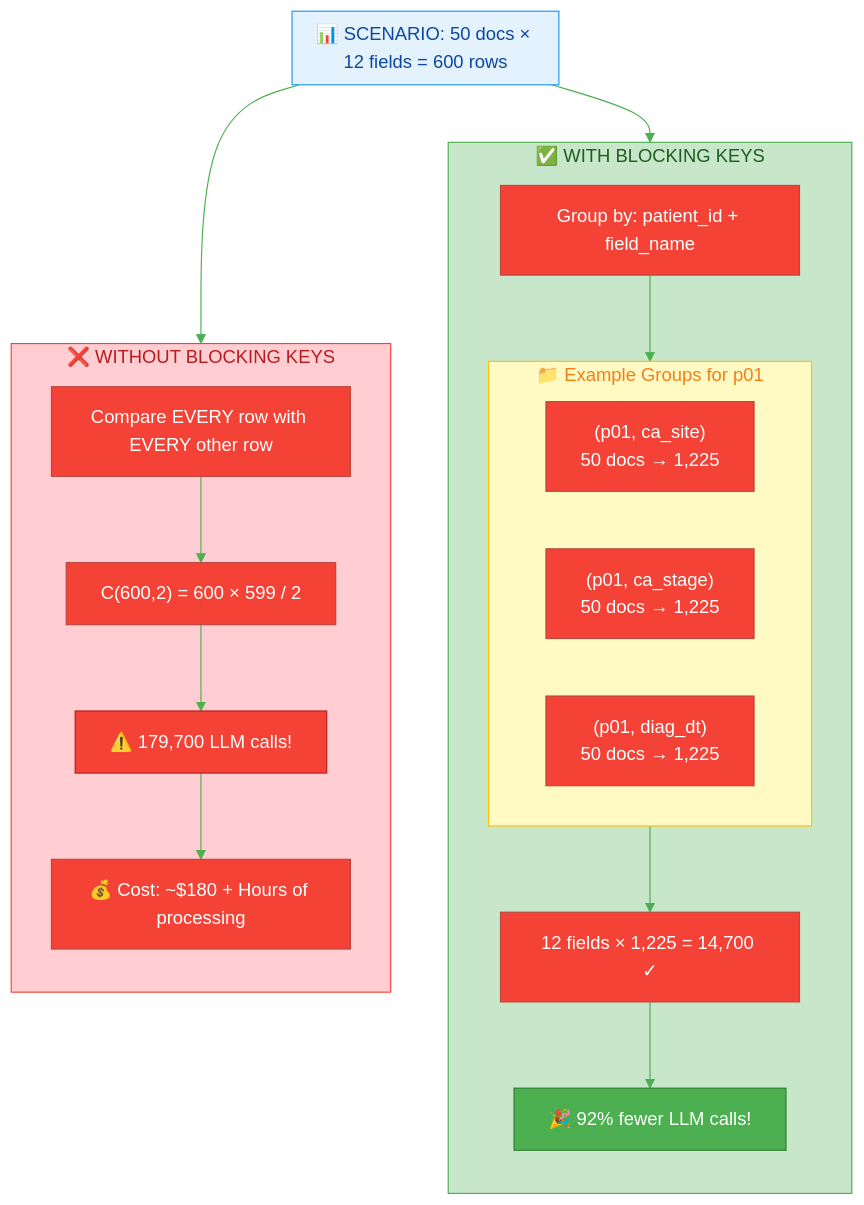
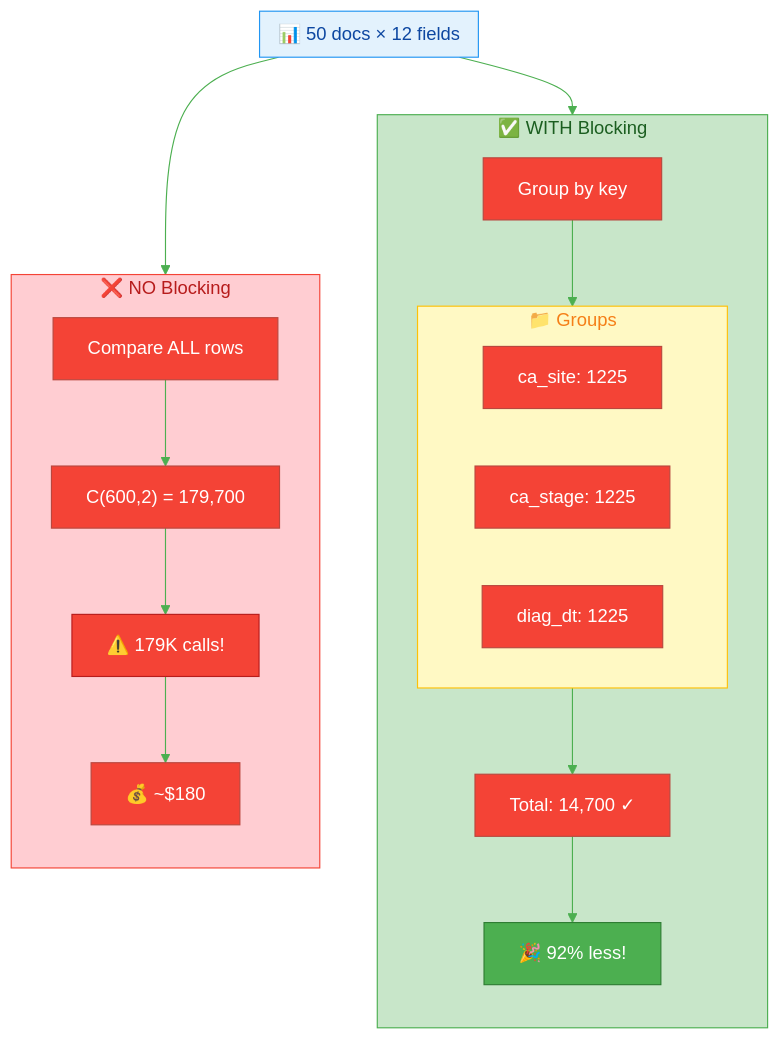
Before and after one commit to huseyincenik/john_snow_labs: the third of 7 diagrams in data_curation/README.md, drawn with Mermaid. The commit also changed other lines of this file, not shown here.

Commit message:
fix: shorten Mermaid diagram labels to prevent text overflow

````diff
--- a/data_curation/README.md
+++ b/data_curation/README.md
@@ -1526,39 +1526,39 @@
 ```mermaid
 %%{init: {'theme': 'base', 'themeVariables': { 'primaryColor': '#f44336', 'primaryTextColor': '#fff', 'lineColor': '#4CAF50'}}}%%
 flowchart TB
-    subgraph SCENARIO["📊 SCENARIO: 50 docs × 12 fields = 600 rows"]
+    subgraph SCENARIO["📊 50 docs × 12 fields"]
         direction TB
     end
 
-    subgraph WITHOUT["❌ WITHOUT BLOCKING KEYS"]
+    subgraph WITHOUT["❌ NO Blocking"]
         direction TB
-        W1["Compare EVERY row with EVERY other row"]
-        W2["C(600,2) = 600 × 599 / 2"]
-        W3["⚠️ 179,700 LLM calls!"]
-        W4["💰 Cost: ~$180 + Hours of processing"]
+        W1["Compare ALL rows"]
+        W2["C(600,2) = 179,700"]
+        W3["⚠️ 179K calls!"]
+        W4["💰 ~$180"]
         W1 --> W2 --> W3 --> W4
     end
 
-    subgraph WITH["✅ WITH BLOCKING KEYS"]
+    subgraph WITH["✅ WITH Blocking"]
         direction TB
-        B1["Group by: patient_id + field_name"]
-        subgraph GROUPS["📁 Example Groups for p01"]
-            G1["(p01, ca_site)<br/>50 docs → 1,225"]
-            G2["(p01, ca_stage)<br/>50 docs → 1,225"]
-            G3["(p01, diag_dt)<br/>50 docs → 1,225"]
+        B1["Group by key"]
+        subgraph GROUPS["📁 Groups"]
+            G1["ca_site: 1225"]
+            G2["ca_stage: 1225"]
+            G3["diag_dt: 1225"]
         end
-        B2["12 fields × 1,225 = 14,700 ✓"]
-        B3["🎉 92% fewer LLM calls!"]
+        B2["Total: 14,700 ✓"]
+        B3["🎉 92% less!"]
         B1 --> GROUPS --> B2 --> B3
     end
 
     SCENARIO --> WITHOUT
     SCENARIO --> WITH
 
     style WITHOUT fill:#FFCDD2,stroke:#F44336,color:#B71C1C
     style WITH fill:#C8E6C9,stroke:#4CAF50,color:#1B5E20
     style SCENARIO fill:#E3F2FD,stroke:#2196F3,color:#0D47A1
     style GROUPS fill:#FFF9C4,stroke:#FFC107,color:#F57F17
     style W3 fill:#F44336,stroke:#B71C1C,color:#fff
     style B3 fill:#4CAF50,stroke:#2E7D32,color:#fff
 ```
````
